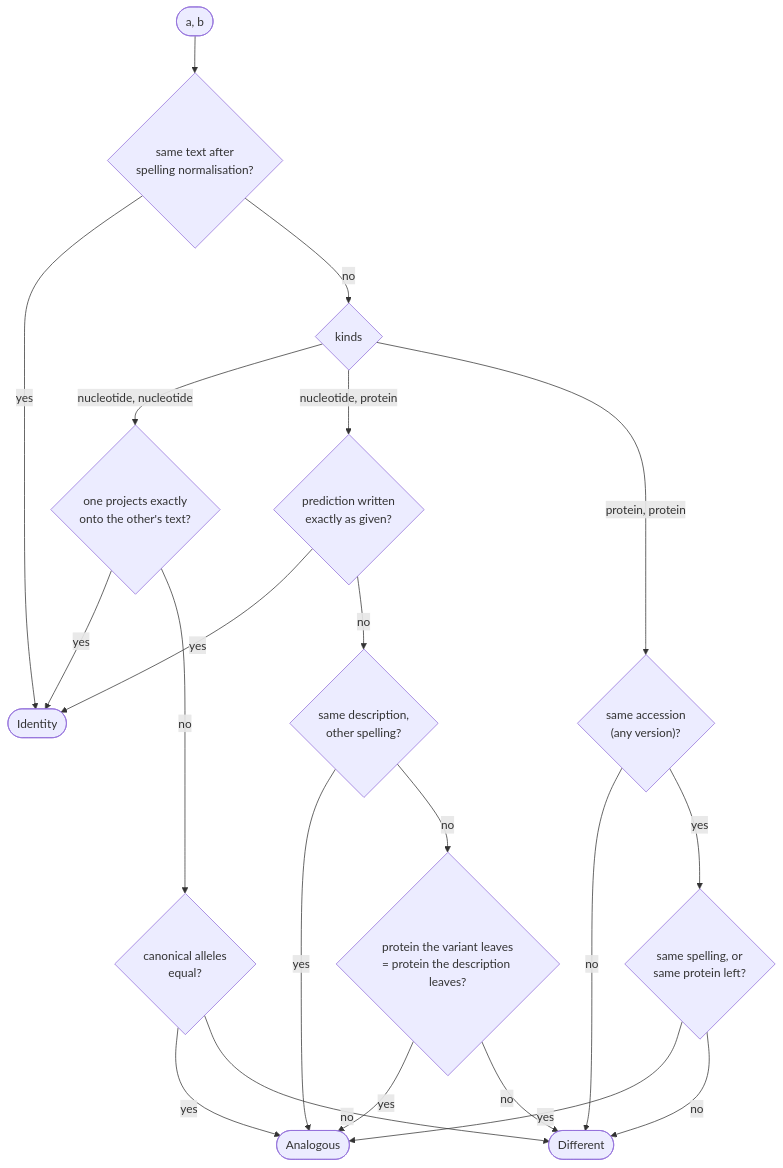
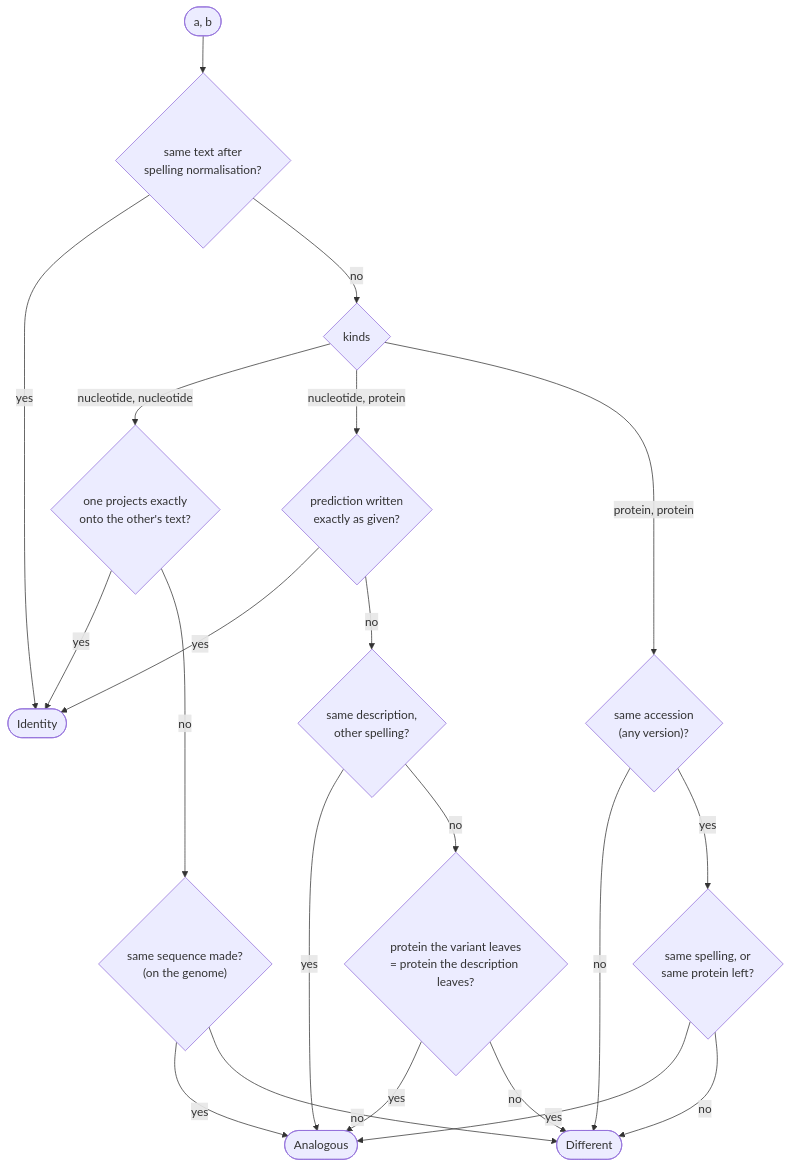
The diagram in docs/source/equivalence_logic.md (populationgenomics/hgvs-weaver), drawn with Mermaid before and after one commit. The commit also changed other lines of this file and 1 other file, not shown here.

First line of the commit message:
choices: a cis allele is the sequence its members make; overlapping members are contradictory or ambiguous

````diff
--- a/docs/source/equivalence_logic.md
+++ b/docs/source/equivalence_logic.md
@@ -25,23 +25,23 @@
 ```mermaid
 flowchart TD
     Start(["a, b"]) --> Text{"same text after<br/>spelling normalisation?"}
     Text -- yes --> Identity([Identity])
     Text -- no --> Kind{kinds}
     Kind -- "nucleotide, nucleotide" --> Proj{"one projects exactly<br/>onto the other's text?"}
     Proj -- yes --> Identity
-    Proj -- no --> Allele{"canonical alleles<br/>equal?"}
+    Proj -- no --> Allele{"same sequence made?<br/>(on the genome)"}
     Kind -- "nucleotide, protein" --> Pred{"prediction written<br/>exactly as given?"}
     Pred -- yes --> Identity
     Pred -- no --> Spell{"same description,<br/>other spelling?"}
     Spell -- yes --> Analogous([Analogous])
     Spell -- no --> Left{"protein the variant leaves<br/>= protein the description leaves?"}
     Kind -- "protein, protein" --> Base{"same accession<br/>(any version)?"}
     Base -- no --> Different([Different])
     Base -- yes --> Left2{"same spelling, or<br/>same protein left?"}
     Allele -- yes --> Analogous
     Allele -- no --> Different
     Left -- yes --> Analogous
     Left -- no --> Different
     Left2 -- yes --> Analogous
     Left2 -- no --> Different
 ```
````
